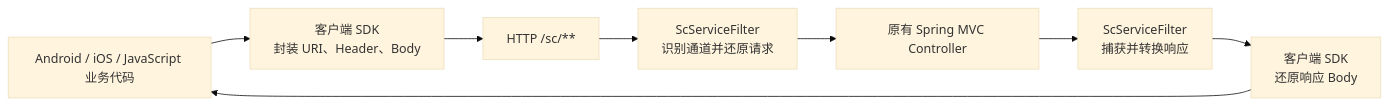
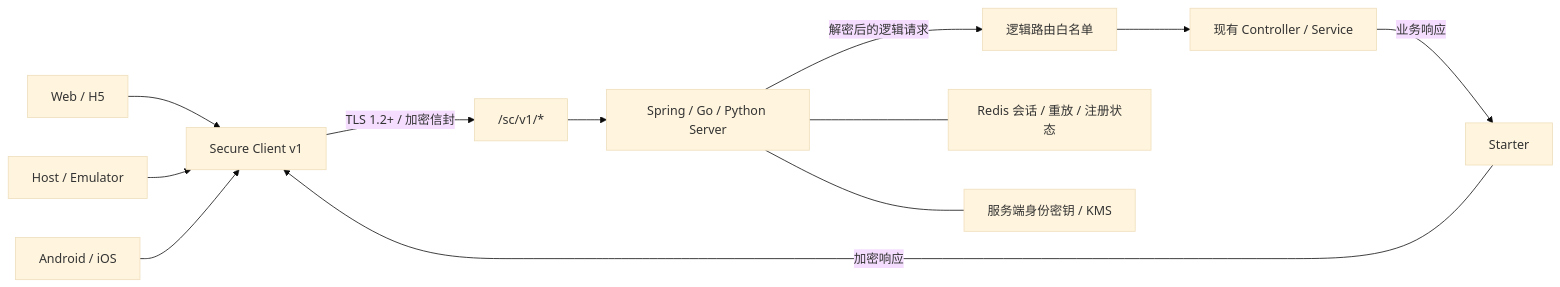
Before and after one commit to coolxer-studio/secure-communication: the diagram in README.md, drawn with Mermaid (base theme). The commit also changed other lines of this file and 244 other files, not shown here.

````diff
--- a/README.md
+++ b/README.md
@@ -24,10 +44,14 @@
 ```mermaid
 flowchart LR
-    A["Android / iOS / JavaScript 业务代码"] --> B["客户端 SDK<br/>封装 URI、Header、Body"]
-    B --> C["HTTP /sc/**"]
-    C --> D["ScServiceFilter<br/>识别通道并还原请求"]
-    D --> E["原有 Spring MVC Controller"]
-    E --> F["ScServiceFilter<br/>捕获并转换响应"]
-    F --> G["客户端 SDK<br/>还原响应 Body"]
-    G --> A
+    Web["Web / H5"] --> Client["Secure Client v1"]
+    Host["Host / Emulator"] --> Client
+    Mobile["Android / iOS"] --> Client
+    Client -->|"TLS 1.2+ / 加密信封"| Endpoints["/sc/v1/*"]
+    Endpoints --> Server["Spring / Go / Python Server"]
+    Server -->|"解密后的逻辑请求"| Routes["逻辑路由白名单"]
+    Routes --> Controllers["现有 Controller / Service"]
+    Controllers -->|"业务响应"| Starter
+    Starter -->|"加密响应"| Client
+    Server --- State["Redis 会话 / 重放 / 注册状态"]
+    Server --- Identity["服务端身份密钥 / KMS"]
 ```
````
